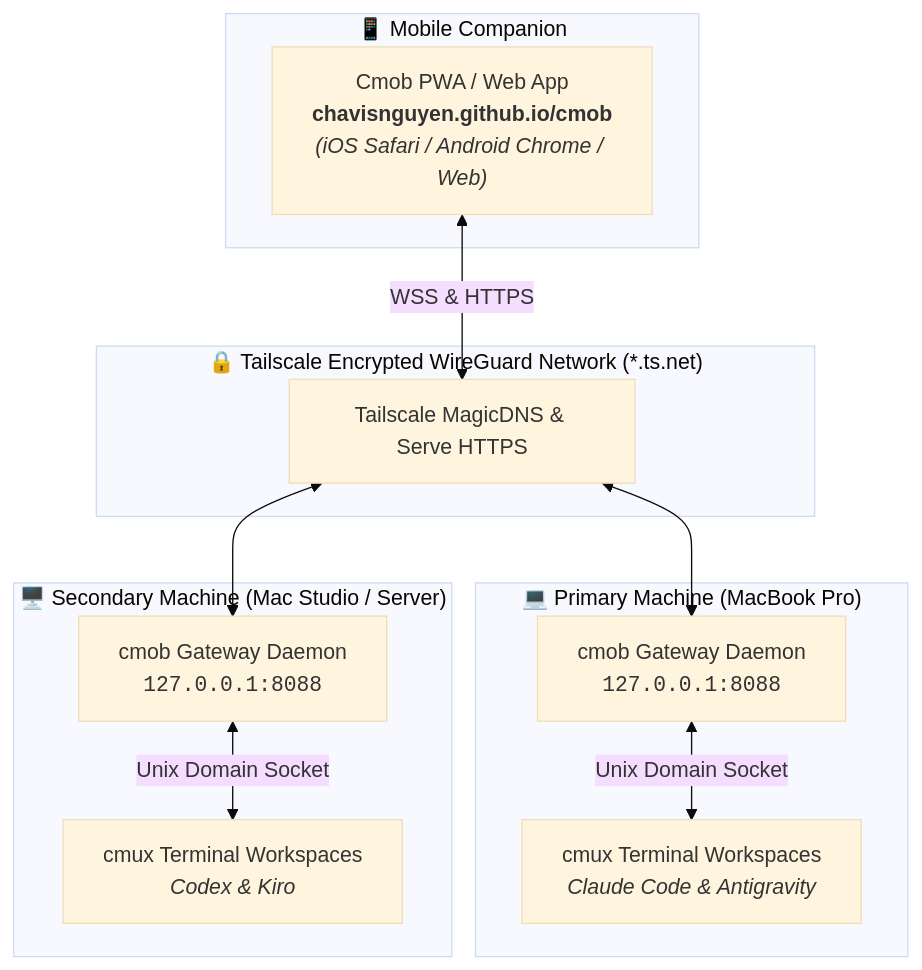
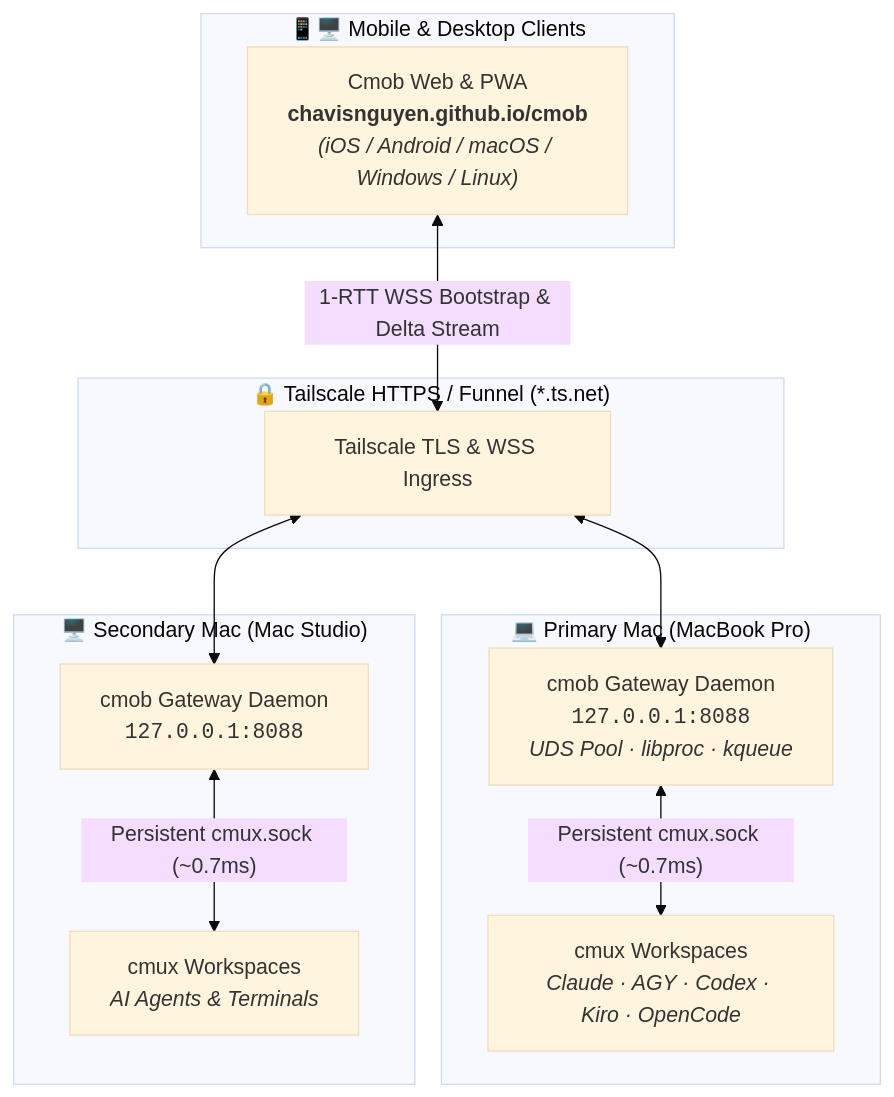
One commit to chavisnguyen/cmob changed the diagram in README.md. Above: the diagram before and after it, drawn with Mermaid (base theme). The commit also changed other lines of this file and 9 other files, not shown here.

Commit message:
cmob 0.2.6: fix macOS proc_listallpids agent scan, harden UDS pool & update README

````diff
--- a/README.md
+++ b/README.md
@@ -36,26 +46,26 @@
 ```mermaid
 graph TD
-    subgraph Mobile ["📱 Mobile Companion"]
-        PWA["Cmob PWA / Web App<br/><b>chavisnguyen.github.io/cmob</b><br/><i>(iOS Safari / Android Chrome / Web)</i>"]
+    subgraph Clients ["📱🖥️ Mobile & Desktop Clients"]
+        PWA["Cmob Web & PWA<br/><b>chavisnguyen.github.io/cmob</b><br/><i>(iOS / Android / macOS / Windows / Linux)</i>"]
     end
 
-    subgraph Mesh ["🔒 Tailscale Encrypted WireGuard Network (*.ts.net)"]
-        TS["Tailscale MagicDNS & Serve HTTPS"]
+    subgraph Mesh ["🔒 Tailscale HTTPS / Funnel (*.ts.net)"]
+        TS["Tailscale TLS & WSS Ingress"]
     end
 
-    subgraph Host1 ["💻 Primary Machine (MacBook Pro)"]
-        G1["cmob Gateway Daemon<br/><code>127.0.0.1:8088</code>"]
-        C1["cmux Terminal Workspaces<br/><i>Claude Code & Antigravity</i>"]
-        G1 <-->|Unix Domain Socket| C1
+    subgraph Host1 ["💻 Primary Mac (MacBook Pro)"]
+        G1["cmob Gateway Daemon<br/><code>127.0.0.1:8088</code><br/><i>UDS Pool · libproc · kqueue</i>"]
+        C1["cmux Workspaces<br/><i>Claude · AGY · Codex · Kiro · OpenCode</i>"]
+        G1 <-->|"Persistent cmux.sock (~0.7ms)"| C1
     end
 
-    subgraph Host2 ["🖥️ Secondary Machine (Mac Studio / Server)"]
+    subgraph Host2 ["🖥️ Secondary Mac (Mac Studio)"]
         G2["cmob Gateway Daemon<br/><code>127.0.0.1:8088</code>"]
-        C2["cmux Terminal Workspaces<br/><i>Codex & Kiro</i>"]
-        G2 <-->|Unix Domain Socket| C2
+        C2["cmux Workspaces<br/><i>AI Agents & Terminals</i>"]
+        G2 <-->|"Persistent cmux.sock (~0.7ms)"| C2
     end
 
-    PWA <-->|WSS & HTTPS| TS
+    PWA <-->|"1-RTT WSS Bootstrap & Delta Stream"| TS
     TS <--> G1
     TS <--> G2
 ```
````
